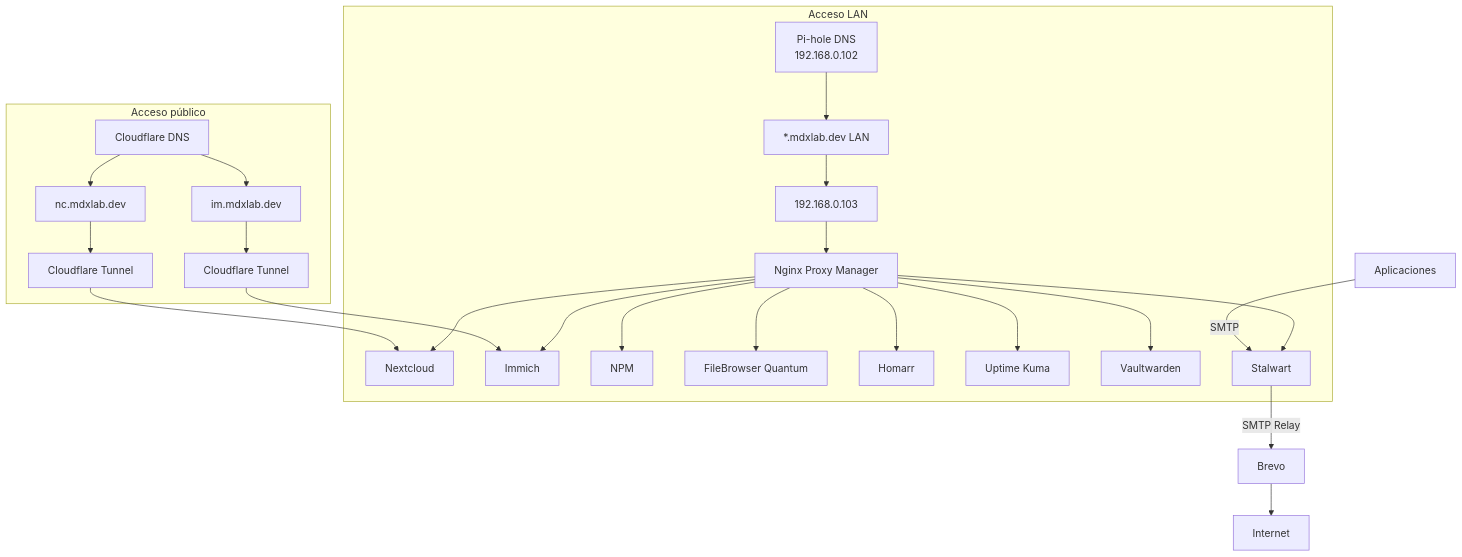
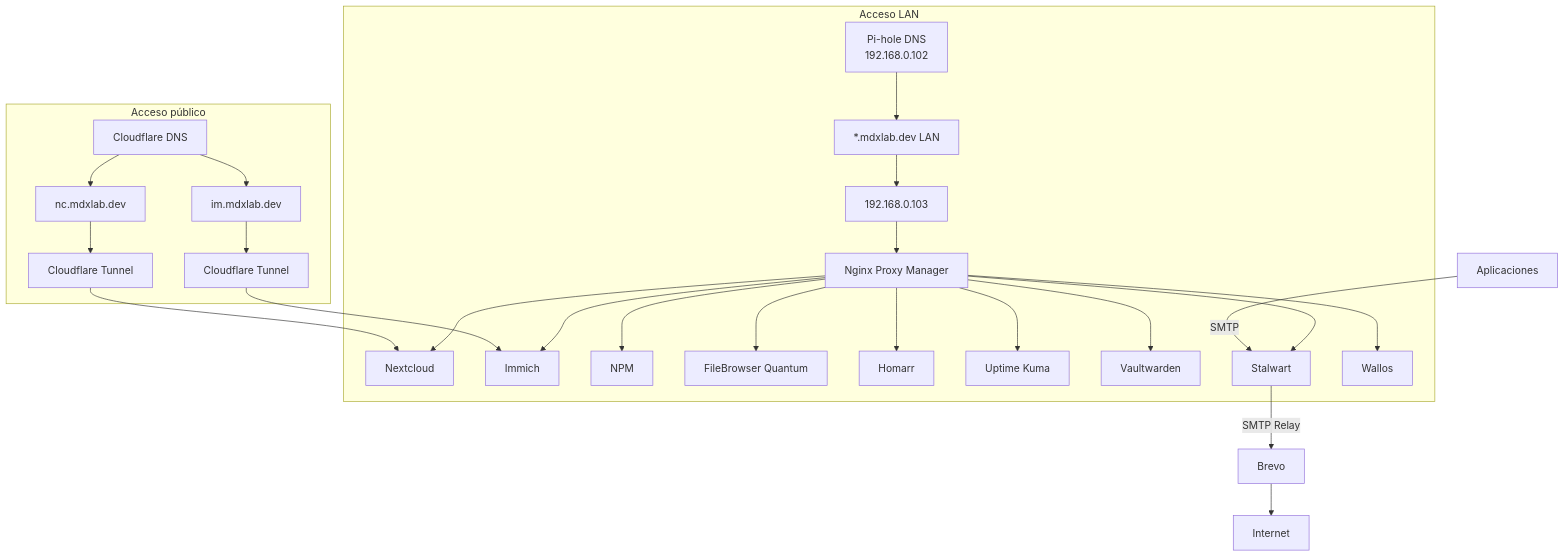
The first of 6 diagrams in docs/arquitectura_homelab_mdxlab_activa.md (CharlieMaddox/homelab), drawn with Mermaid before and after one commit. The commit also changed other lines of this file and 1 other file, not shown here.

Commit message:
Integrar Wallos en la arquitectura y monitorización

````diff
--- a/docs/arquitectura_homelab_mdxlab_activa.md
+++ b/docs/arquitectura_homelab_mdxlab_activa.md
@@ -9,29 +9,30 @@
 ```mermaid
 flowchart TB
     subgraph LAN[Acceso LAN]
         pihole[Pi-hole DNS<br/>192.168.0.102] --> lan_fqdn[*.mdxlab.dev LAN]
         lan_fqdn --> node103[192.168.0.103]
         node103 --> npm[Nginx Proxy Manager]
         npm --> nextcloud[Nextcloud]
         npm --> immich[Immich]
         npm --> npm_ui[NPM]
         npm --> filebrowser[FileBrowser Quantum]
         npm --> homarr[Homarr]
         npm --> uptime_kuma[Uptime Kuma]
         npm --> vaultwarden[Vaultwarden]
         npm --> stalwart[Stalwart]
+        npm --> wallos[Wallos]
     end
 
     subgraph Publico[Acceso público]
         cloudflare_dns[Cloudflare DNS] --> nc_fqdn[nc.mdxlab.dev]
         cloudflare_dns --> im_fqdn[im.mdxlab.dev]
         nc_fqdn --> nc_tunnel[Cloudflare Tunnel]
         im_fqdn --> im_tunnel[Cloudflare Tunnel]
         nc_tunnel --> nextcloud
         im_tunnel --> immich
     end
 
     aplicaciones[Aplicaciones] -->|SMTP| stalwart
     stalwart -->|SMTP Relay| brevo[Brevo]
     brevo --> internet[Internet]
 ```
````
